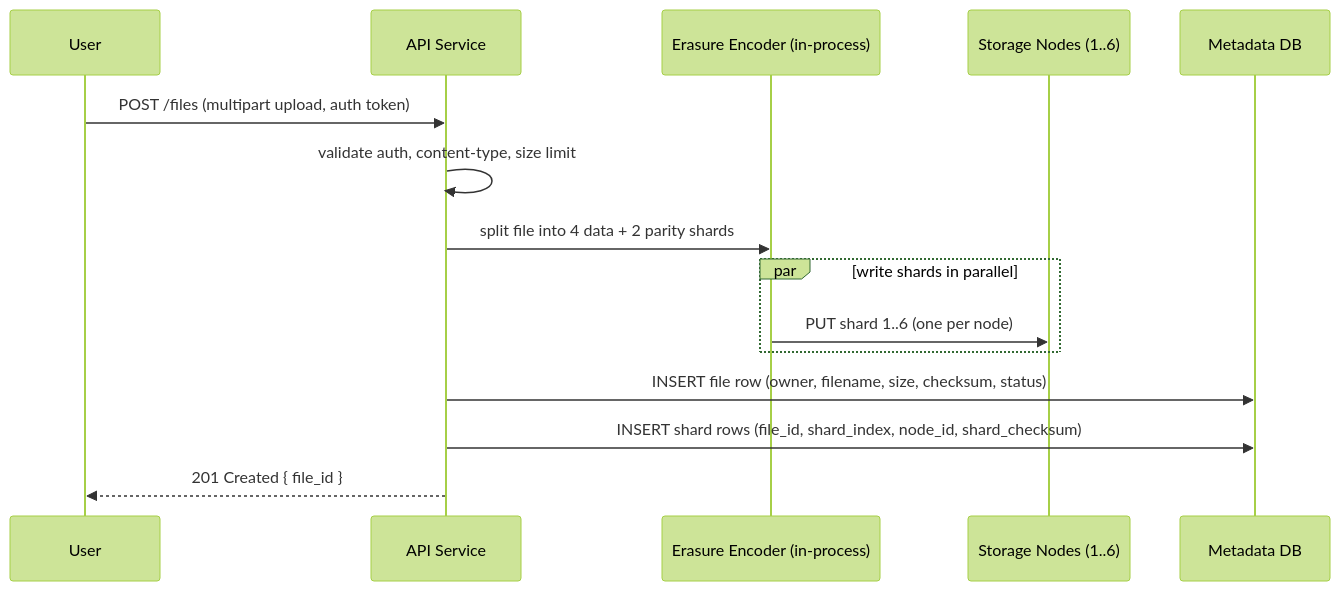
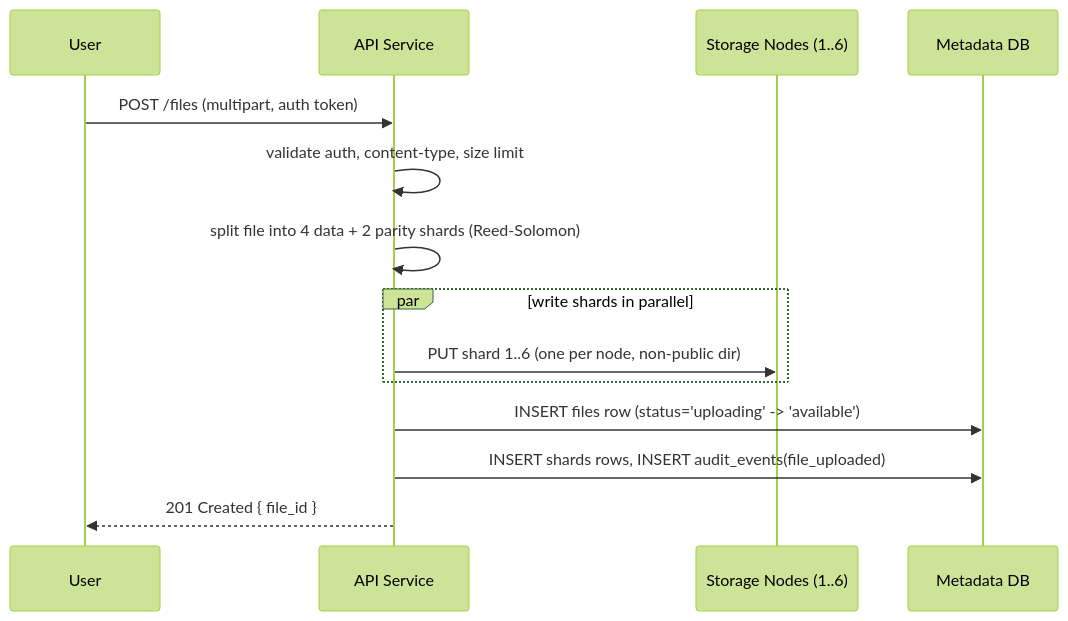
One commit to vikram0230/secure-file-system changed the second of 4 diagrams in docs/DESIGN.md. Above: the diagram before and after it, drawn with Mermaid (forest theme). The commit also changed other lines of this file, not shown here.

Commit message:
Revise system design document to clarify goals, scope, and architecture for distributed secure file sharing service with erasure-coded redundancy

````diff
--- a/docs/DESIGN.md
+++ b/docs/DESIGN.md
@@ -72,18 +97,17 @@
 ```mermaid
 sequenceDiagram
     participant U as User
     participant API as API Service
-    participant EC as Erasure Encoder (in-process)
     participant N as Storage Nodes (1..6)
     participant DB as Metadata DB
 
-    U->>API: POST /files (multipart upload, auth token)
+    U->>API: POST /files (multipart, auth token)
     API->>API: validate auth, content-type, size limit
-    API->>EC: split file into 4 data + 2 parity shards
+    API->>API: split file into 4 data + 2 parity shards (Reed-Solomon)
     par write shards in parallel
-        EC->>N: PUT shard 1..6 (one per node)
+        API->>N: PUT shard 1..6 (one per node, non-public dir)
     end
-    API->>DB: INSERT file row (owner, filename, size, checksum, status)
-    API->>DB: INSERT shard rows (file_id, shard_index, node_id, shard_checksum)
+    API->>DB: INSERT files row (status='uploading' -> 'available')
+    API->>DB: INSERT shards rows, INSERT audit_events(file_uploaded)
     API-->>U: 201 Created { file_id }
 ```
````
